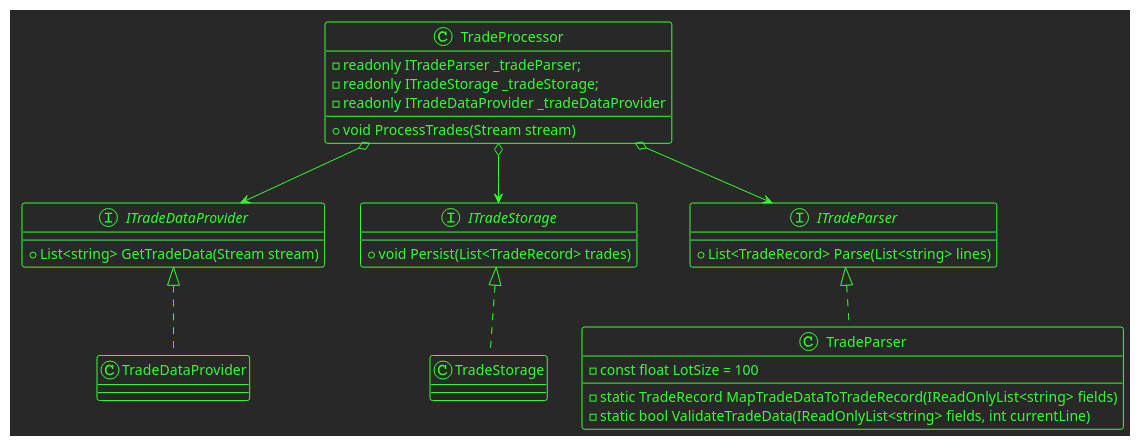
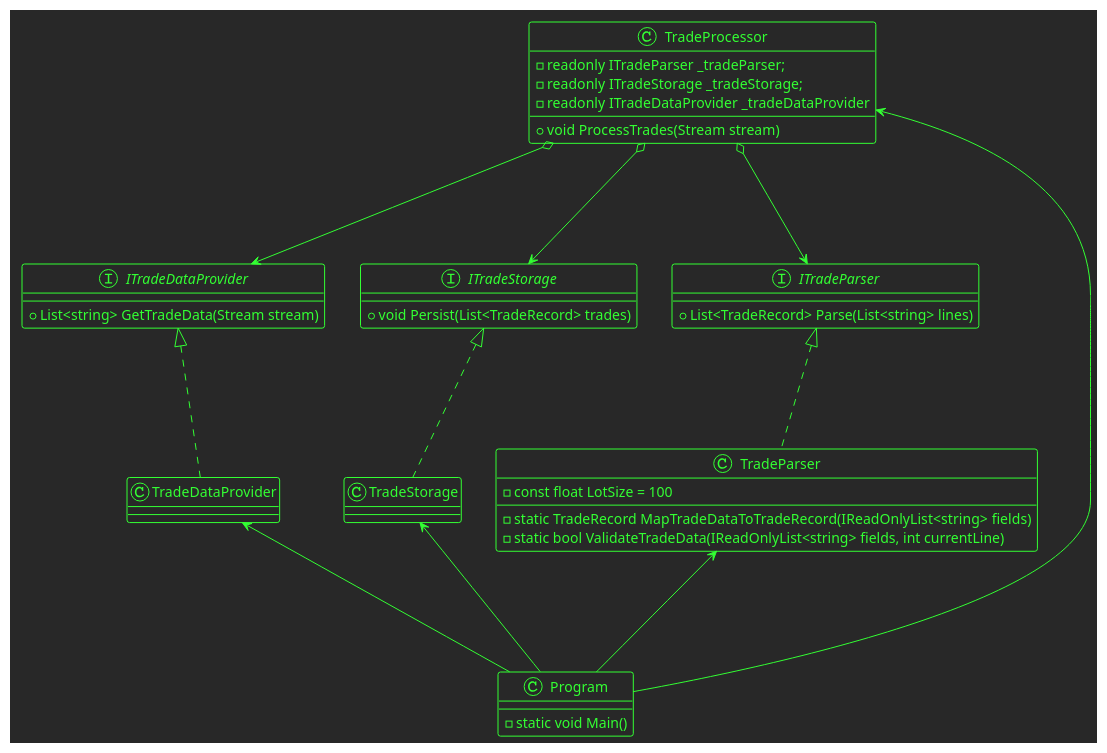
The diagram in solid-project-1/solid-project-1.puml (Shane-Wilson-class/solid-project-1), drawn with PlantUML before and after one commit.

Commit message:
made some changes

```diff
--- a/solid-project-1/solid-project-1.puml
+++ b/solid-project-1/solid-project-1.puml
@@ -1,36 +1,45 @@
 @startuml
 !theme crt-green
 interface ITradeDataProvider{
 + List<string> GetTradeData(Stream stream)
 }
 interface ITradeParser
 {
  + List<TradeRecord> Parse(List<string> lines)
 }
 interface ITradeStorage
 {
   + void Persist(List<TradeRecord> trades)
 }
 class TradeDataProvider
 class TradeParser {
 - const float LotSize = 100
 - static TradeRecord MapTradeDataToTradeRecord(IReadOnlyList<string> fields)
 - static bool ValidateTradeData(IReadOnlyList<string> fields, int currentLine)
 
 }
 class TradeStorage
 
 class TradeProcessor {
  - readonly ITradeParser _tradeParser;
  - readonly ITradeStorage _tradeStorage;
  - readonly ITradeDataProvider _tradeDataProvider
  +  void ProcessTrades(Stream stream)
 }
-TradeProcessor o-->ITradeParser
-TradeProcessor o-->ITradeDataProvider
-TradeProcessor o-->ITradeStorage
+TradeProcessor o--->ITradeParser
+TradeProcessor o--->ITradeDataProvider
+TradeProcessor o--->ITradeStorage
 
-TradeParser ..up|> ITradeParser
-TradeStorage ..up|> ITradeStorage
-TradeDataProvider ..up|> ITradeDataProvider
+TradeParser ...up|> ITradeParser
+TradeStorage ...up|> ITradeStorage
+TradeDataProvider ...up|> ITradeDataProvider
+
+class Program {
+- static void Main()
+}
+
+Program ---up>TradeParser
+Program ---up>TradeStorage
+Program ---up>TradeDataProvider
+Program ---up>TradeProcessor
 @enduml
```
